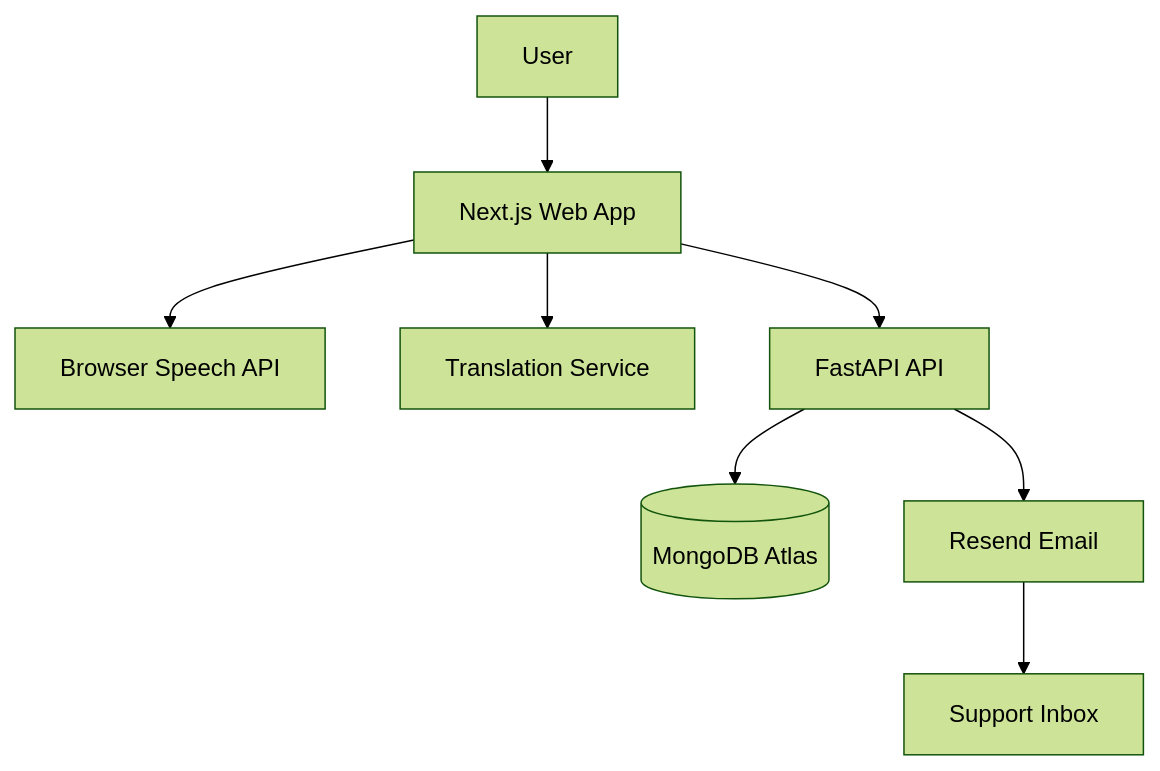
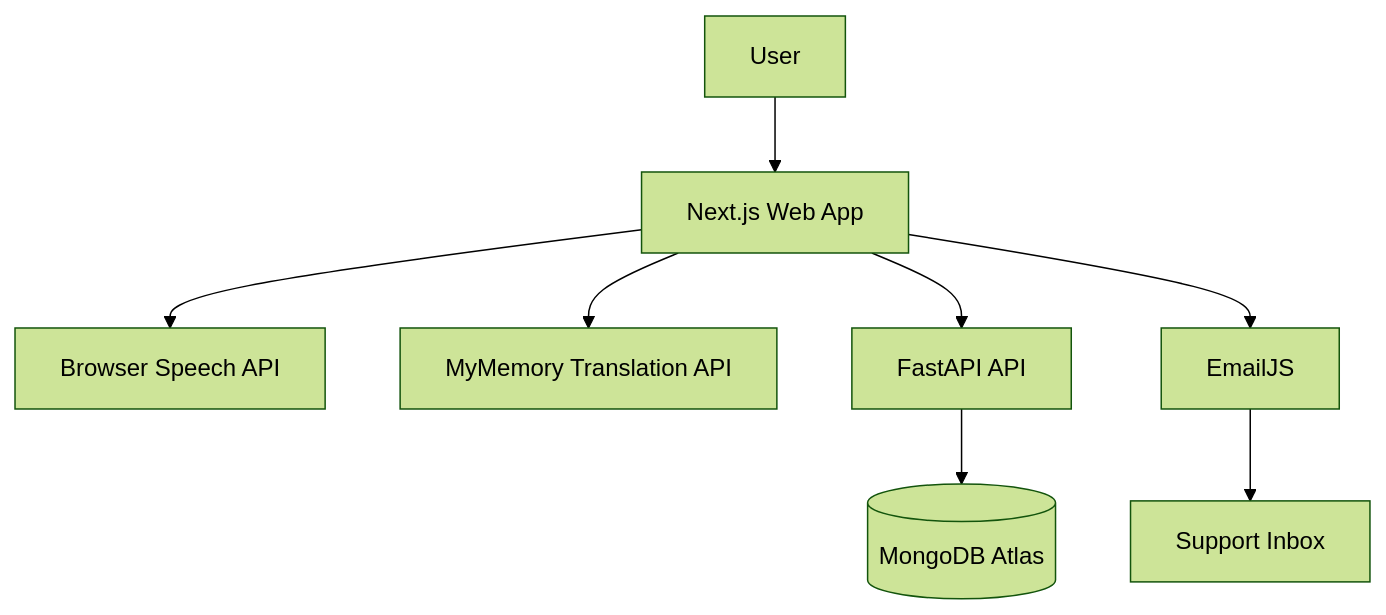
The diagram in docs/HLD.md (mohdanas86/voiceQuerySystem), drawn with Mermaid (forest theme) before and after one commit. The commit also changed other lines of this file and 28 other files, not shown here.

````diff
--- a/docs/HLD.md
+++ b/docs/HLD.md
@@ -10,10 +10,10 @@
 ```mermaid
 graph TD
   U[User] --> FE[Next.js Web App]
   FE --> STT[Browser Speech API]
-  FE --> TR[Translation Service]
+  FE --> TR[MyMemory Translation API]
   FE --> API[FastAPI API]
   API --> DB[(MongoDB Atlas)]
-  API --> EM[Resend Email]
+  FE --> EM[EmailJS]
   EM --> S[Support Inbox]
 ```
````
